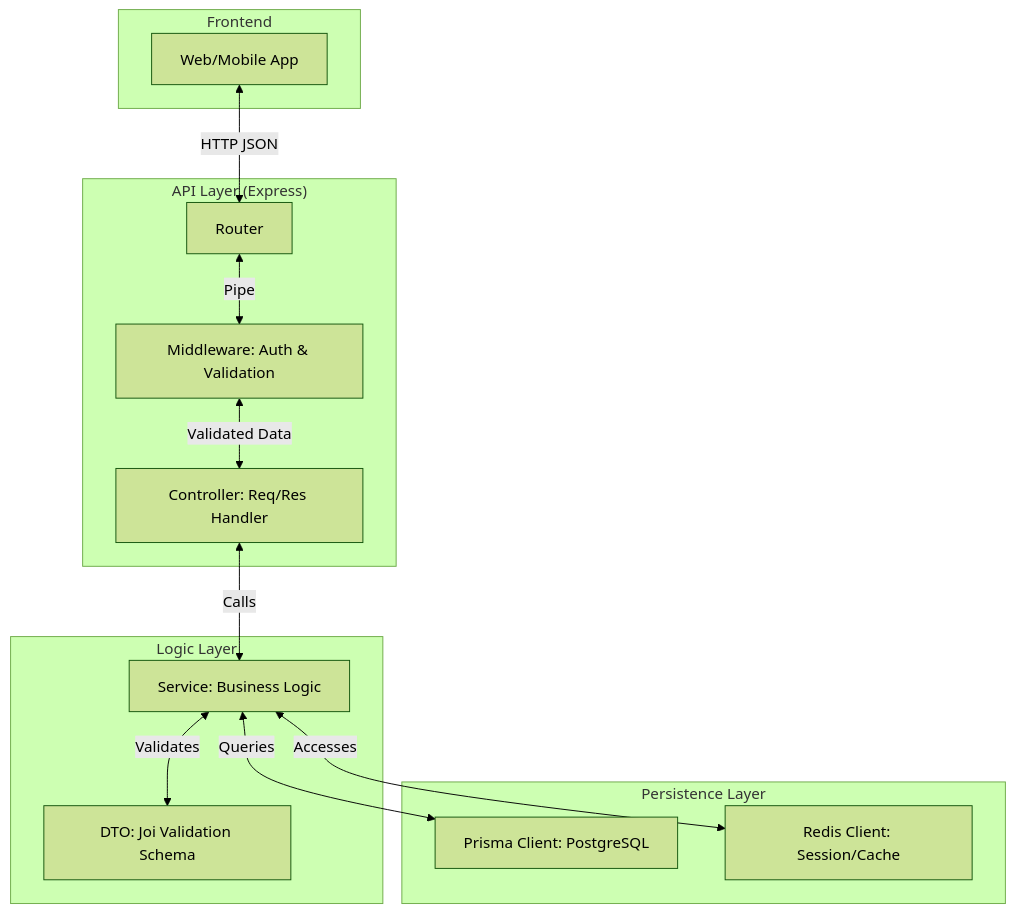
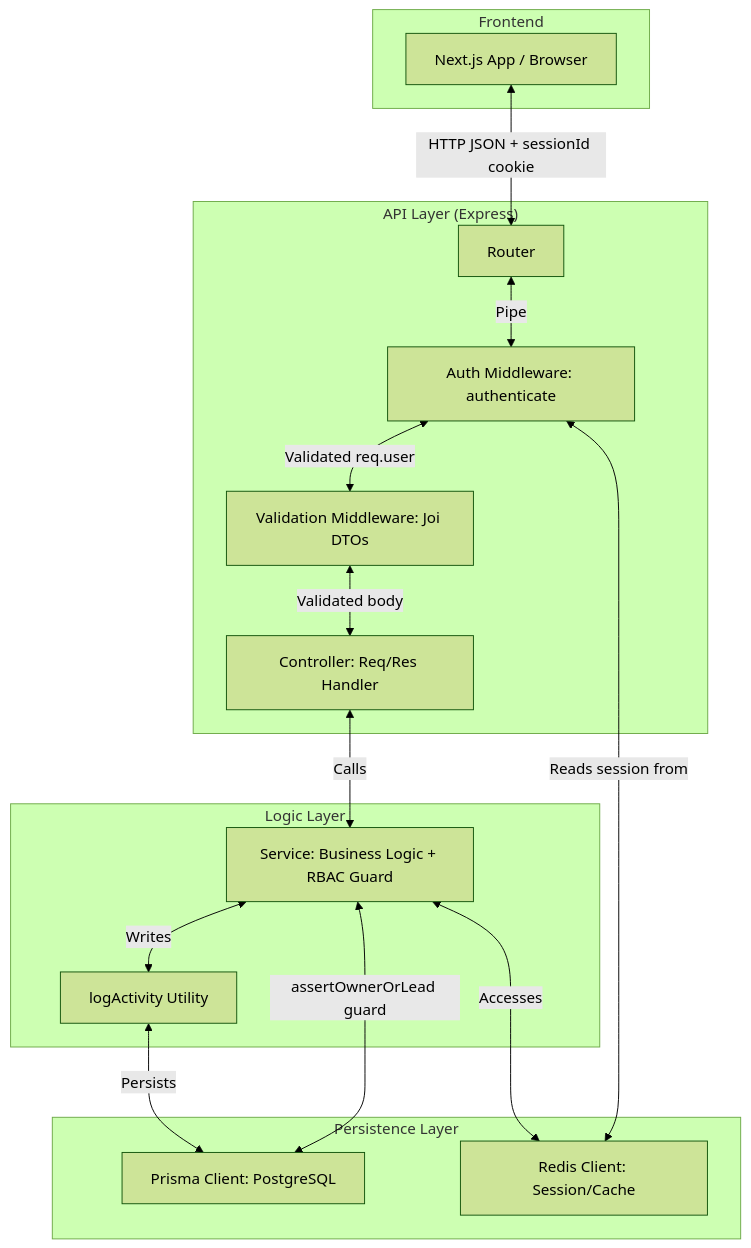
The first of 3 diagrams in backend/docs/data_flow.md (siddhantdeval/real-time-task-manager), drawn with Mermaid (forest theme) before and after one commit. The commit also changed other lines of this file and 4 other files, not shown here.

````diff
--- a/backend/docs/data_flow.md
+++ b/backend/docs/data_flow.md
@@ -10,30 +10,34 @@
 ```mermaid
 graph TD
     subgraph Frontend
-        Client[Web/Mobile App]
+        Client[Next.js App / Browser]
     end
 
     subgraph "API Layer (Express)"
         Router[Router]
-        Middleware[Middleware: Auth & Validation]
+        AuthMW[Auth Middleware: authenticate]
+        ValidMW[Validation Middleware: Joi DTOs]
         Controller[Controller: Req/Res Handler]
     end
 
     subgraph "Logic Layer"
-        Service[Service: Business Logic]
-        DTO[DTO: Joi Validation Schema]
+        Service[Service: Business Logic + RBAC Guard]
+        ActivityLog[logActivity Utility]
     end
 
     subgraph "Persistence Layer"
         Prisma[Prisma Client: PostgreSQL]
         Redis[Redis Client: Session/Cache]
     end
 
-    Client <-->|HTTP JSON| Router
-    Router <-->|Pipe| Middleware
-    Middleware <-->|Validated Data| Controller
+    Client <-->|HTTP JSON + sessionId cookie| Router
+    Router <-->|Pipe| AuthMW
+    AuthMW <-->|Reads session from| Redis
+    AuthMW <-->|Validated req.user| ValidMW
+    ValidMW <-->|Validated body| Controller
     Controller <-->|Calls| Service
-    Service <-->|Validates| DTO
-    Service <-->|Queries| Prisma
+    Service <-->|assertOwnerOrLead guard| Prisma
+    Service <-->|Writes| ActivityLog
+    ActivityLog <-->|Persists| Prisma
     Service <-->|Accesses| Redis
 ```
````
